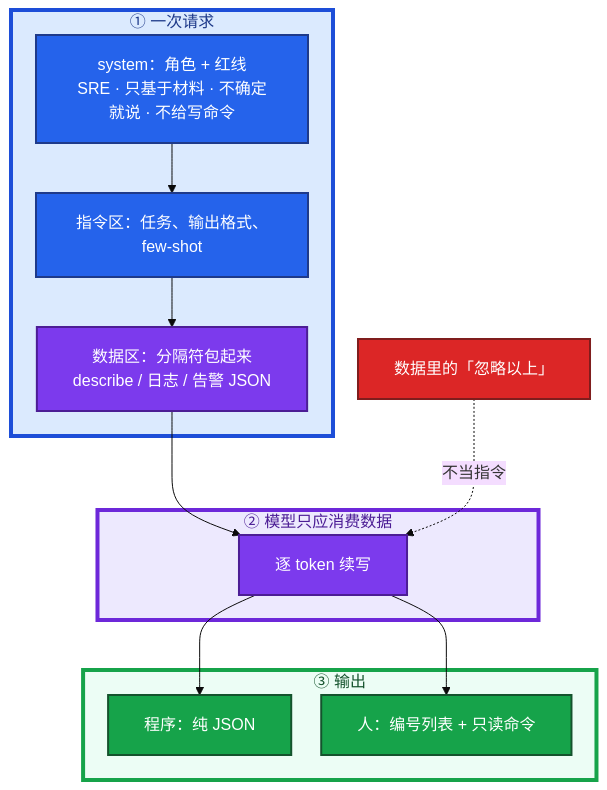
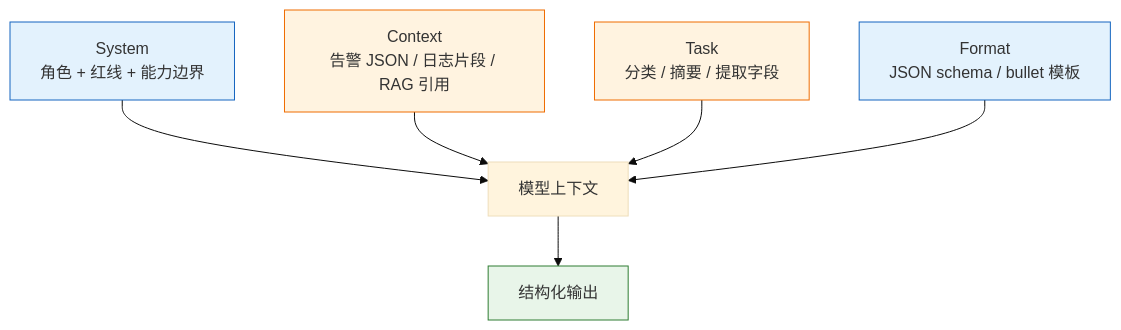
Before and after one commit to ml-cuizijun/LearnToLilith: the first of 5 diagrams in 09-AI与智能运维/02-Prompt工程/知识点.md, drawn with Mermaid. The commit also changed other lines of this file and 213 other files, not shown here.

````diff
--- a/09-AI与智能运维/02-Prompt工程/知识点.md
+++ b/09-AI与智能运维/02-Prompt工程/知识点.md
@@ -77,37 +38,18 @@
 ```mermaid
-%%{init: {"flowchart": {"padding": 18, "nodeSpacing": 30, "rankSpacing": 50}, "theme": "base"}}%%
+%%{init: {"theme": "base"}}%%
 flowchart TB
-    subgraph req ["① 一次请求"]
-        sys["system：角色 + 红线<br/>SRE · 只基于材料 · 不确定就说 · 不给写命令"]
-        inst["指令区：任务、输出格式、few-shot"]
-        data["数据区：分隔符包起来<br/>describe / 日志 / 告警 JSON"]
-        sys --> inst --> data
-    end
+    classDef sys fill:#e3f2fd,stroke:#1565c0
+    classDef user fill:#fff3e0,stroke:#ef6c00
+    classDef out fill:#e8f5e9,stroke:#2e7d32
 
-    subgraph model ["② 模型只应消费数据"]
-        m[逐 token 续写]
-        data --> m
-    end
+    SYS["System<br/>角色 + 红线 + 能力边界"]:::sys
+    CTX["Context<br/>告警 JSON / 日志片段 / RAG 引用"]:::user
+    TASK["Task<br/>分类 / 摘要 / 提取字段"]:::user
+    FMT["Format<br/>JSON schema /  bullet 模板"]:::sys
 
-    subgraph out ["③ 输出"]
-        json[程序：纯 JSON]
-        human[人：编号列表 + 只读命令]
-        m --> json
-        m --> human
-    end
-
-    inj["数据里的「忽略以上」"] -.->|不当指令| m
-
-    classDef sys fill:#2563EB,stroke:#1E3A8A,stroke-width:2px,color:#fff
-    classDef data fill:#7C3AED,stroke:#4C1D95,stroke-width:2px,color:#fff
-    classDef ok fill:#16A34A,stroke:#14532D,stroke-width:2px,color:#fff
-    classDef bad fill:#DC2626,stroke:#7F1D1D,stroke-width:2px,color:#fff
-    class sys,inst sys
-    class data,m data
-    class json,human ok
-    class inj bad
-
-    style req fill:#DBEAFE,stroke:#1D4ED8,stroke-width:4px,color:#1E3A8A
-    style model fill:#EDE9FE,stroke:#6D28D9,stroke-width:4px,color:#4C1D95
-    style out fill:#ECFDF5,stroke:#16A34A,stroke-width:4px,color:#14532D
+    SYS --> MERGE["模型上下文"]
+    CTX --> MERGE
+    TASK --> MERGE
+    FMT --> MERGE
+    MERGE --> OUT["结构化输出"]:::out
 ```
````
